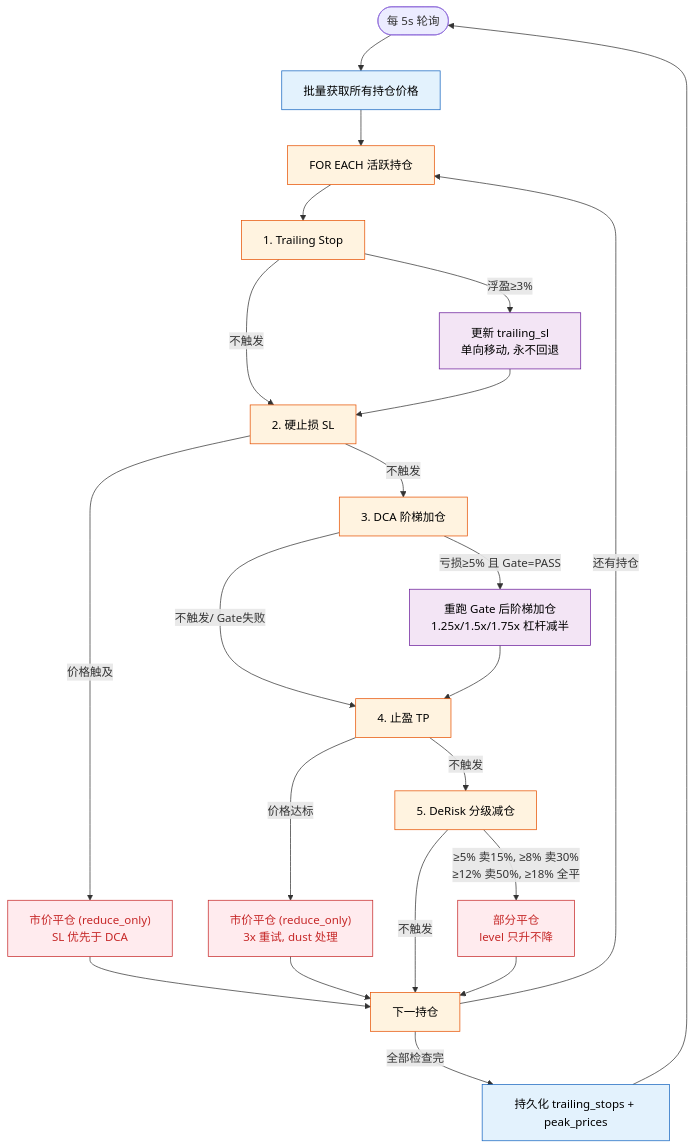
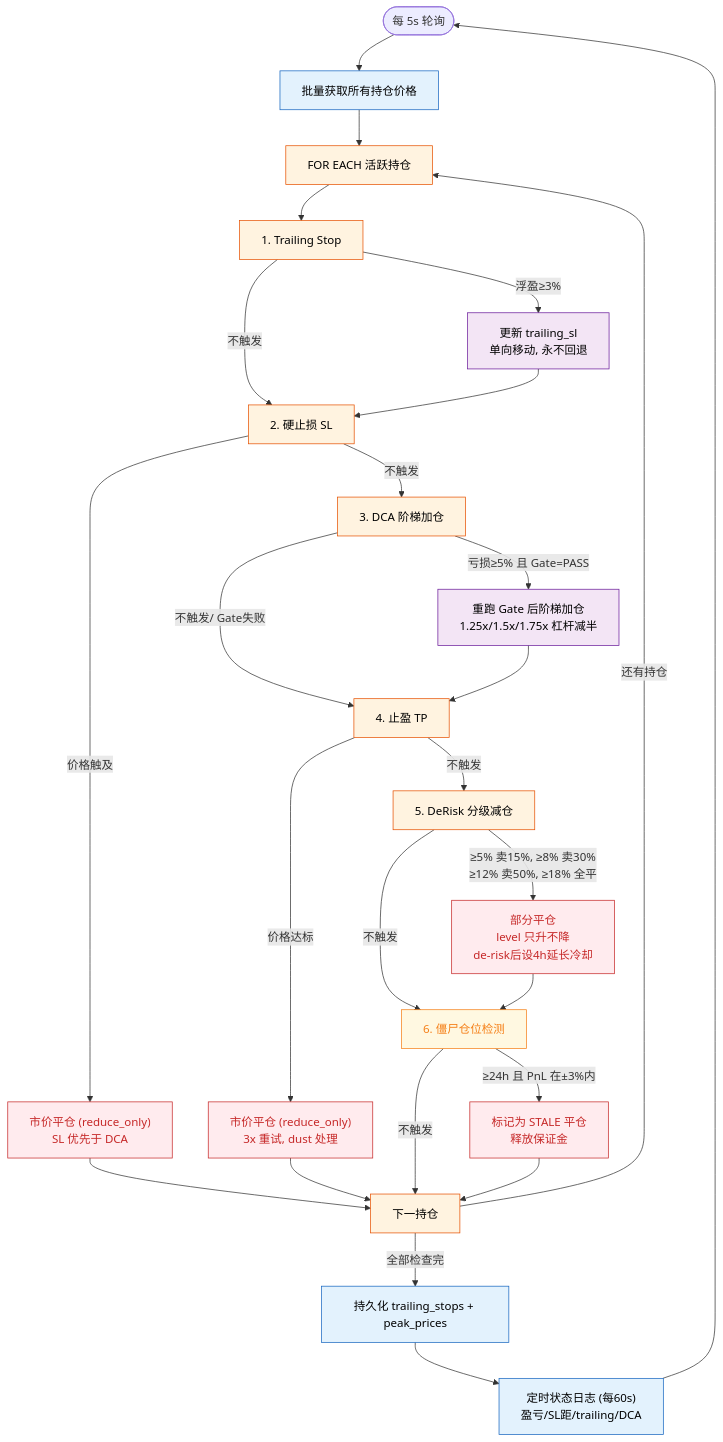
The fourth of 5 diagrams in docs/auto-trading-plan.md (zihpzhong/Vibe-Trading), drawn with Mermaid before and after one commit. The commit also changed other lines of this file, not shown here.

````diff
--- a/docs/auto-trading-plan.md
+++ b/docs/auto-trading-plan.md
@@ -239,39 +241,46 @@
 ```mermaid
 flowchart TD
     classDef proc fill:#e3f2fd,stroke:#1565c0,color:#000
     classDef dec fill:#fff3e0,stroke:#e65100,color:#000
     classDef action fill:#f3e5f5,stroke:#6a1b9a,color:#000
     classDef close fill:#ffebee,stroke:#c62828,color:#c62828
+    classDef stale fill:#fff8e1,stroke:#f57f17,color:#f57f17
 
     LOOP(["每 5s 轮询"]) --> PRICE["批量获取所有持仓价格"]:::proc
     PRICE --> FOR["FOR EACH 活跃持仓"]:::dec
 
     FOR --> TRAIL["1. Trailing Stop"]:::dec
     TRAIL -->|浮盈≥3%| TRAIL_EXEC["更新 trailing_sl<br>单向移动, 永不回退"]:::action
     TRAIL -->|不触发| SL
 
     TRAIL_EXEC --> SL
     SL["2. 硬止损 SL"]:::dec
     SL -->|价格触及| SL_EXEC["市价平仓 (reduce_only)<br>SL 优先于 DCA"]:::close
     SL -->|不触发| DCA
 
     SL_EXEC --> NEXT
     DCA["3. DCA 阶梯加仓"]:::dec
     DCA -->|亏损≥5% 且 Gate=PASS| DCA_EXEC["重跑 Gate 后阶梯加仓<br>1.25x/1.5x/1.75x 杠杆减半"]:::action
     DCA -->|不触发/ Gate失败| TP
 
     DCA_EXEC --> TP
     TP["4. 止盈 TP"]:::dec
     TP -->|价格达标| TP_EXEC["市价平仓 (reduce_only)<br>3x 重试, dust 处理"]:::close
     TP -->|不触发| DERISK
 
     TP_EXEC --> NEXT
     DERISK["5. DeRisk 分级减仓"]:::dec
-    DERISK -->|≥5% 卖15%, ≥8% 卖30%<br>≥12% 卖50%, ≥18% 全平| DERISK_EXEC["部分平仓<br>level 只升不降"]:::close
-    DERISK -->|不触发| NEXT
+    DERISK -->|≥5% 卖15%, ≥8% 卖30%<br>≥12% 卖50%, ≥18% 全平| DERISK_EXEC["部分平仓<br>level 只升不降<br>de-risk后设4h延长冷却"]:::close
+    DERISK -->|不触发| STALE
 
-    DERISK_EXEC --> NEXT
+    DERISK_EXEC --> STALE
+    STALE["6. 僵尸仓位检测"]:::stale
+    STALE -->|≥24h 且 PnL 在±3%内| STALE_EXEC["标记为 STALE 平仓<br>释放保证金"]:::close
+    STALE -->|不触发| NEXT
+
+    STALE_EXEC --> NEXT
     NEXT["下一持仓"]:::dec -->|还有持仓| FOR
     NEXT -->|全部检查完| PERSIST["持久化 trailing_stops + peak_prices"]:::proc
-    PERSIST --> LOOP
+    PERSIST --> STATUS["定时状态日志 (每60s)<br>盈亏/SL距/trailing/DCA"]:::proc
+    STATUS --> LOOP
 ```
````
